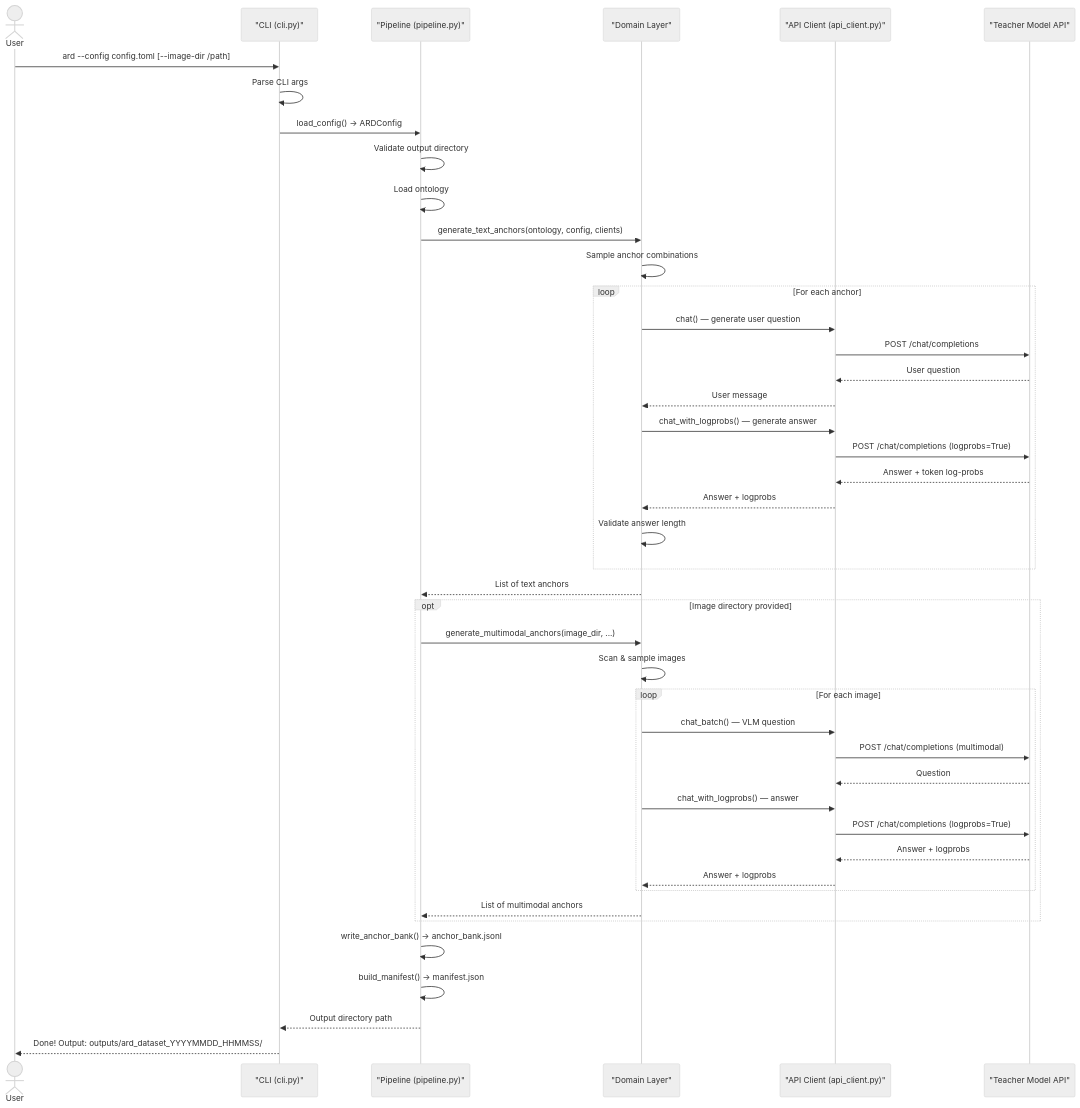
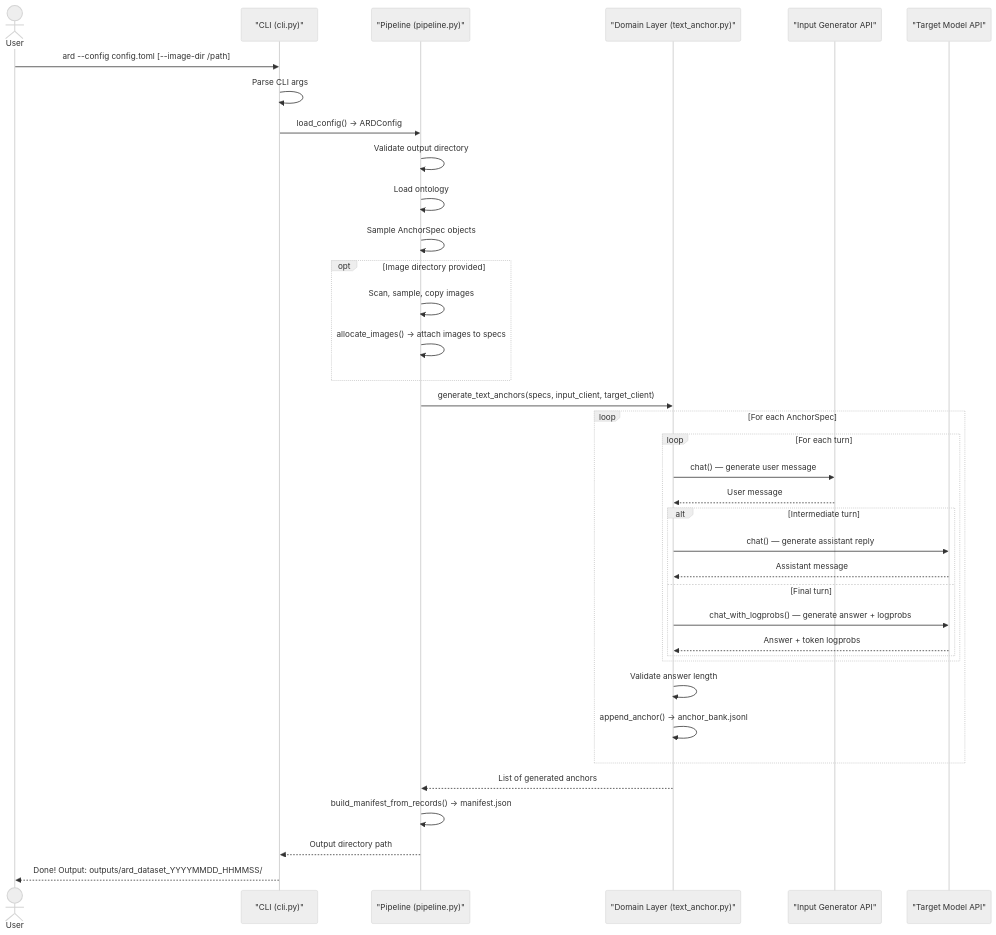
The third of 5 diagrams in docs/architecture.md (godthrone/anchor-replay-distillation), drawn with Mermaid (neutral theme) before and after one commit. The commit also changed other lines of this file and 46 other files, not shown here.

First line of the commit message:
refactor: Phase 1-4 — multi-turn + multimodal unified architecture

````diff
--- a/docs/architecture.md
+++ b/docs/architecture.md
@@ -111,47 +116,40 @@
 ```mermaid
 sequenceDiagram
     actor User
     participant CLI as "CLI (cli.py)"
     participant Pipeline as "Pipeline (pipeline.py)"
-    participant Domain as "Domain Layer"
-    participant Backend as "API Client (api_client.py)"
-    participant Teacher as "Teacher Model API"
+    participant Domain as "Domain Layer (text_anchor.py)"
+    participant InputGen as "Input Generator API"
+    participant Target as "Target Model API"
 
     User->>CLI: ard --config config.toml [--image-dir /path]
     CLI->>CLI: Parse CLI args
     CLI->>Pipeline: load_config() → ARDConfig
     Pipeline->>Pipeline: Validate output directory
     Pipeline->>Pipeline: Load ontology
-    Pipeline->>Domain: generate_text_anchors(ontology, config, clients)
-    Domain->>Domain: Sample anchor combinations
-    loop For each anchor
-        Domain->>Backend: chat() — generate user question
-        Backend->>Teacher: POST /chat/completions
-        Teacher-->>Backend: User question
-        Backend-->>Domain: User message
-        Domain->>Backend: chat_with_logprobs() — generate answer
-        Backend->>Teacher: POST /chat/completions (logprobs=True)
-        Teacher-->>Backend: Answer + token log-probs
-        Backend-->>Domain: Answer + logprobs
+    Pipeline->>Pipeline: Sample AnchorSpec objects
+    opt Image directory provided
+        Pipeline->>Pipeline: Scan, sample, copy images
+        Pipeline->>Pipeline: allocate_images() → attach images to specs
+    end
+    Pipeline->>Domain: generate_text_anchors(specs, input_client, target_client)
+    loop For each AnchorSpec
+        loop For each turn
+            Domain->>InputGen: chat() — generate user message
+            InputGen-->>Domain: User message
+            alt Intermediate turn
+                Domain->>Target: chat() — generate assistant reply
+                Target-->>Domain: Assistant message
+            else Final turn
+                Domain->>Target: chat_with_logprobs() — generate answer + logprobs
+                Target-->>Domain: Answer + token logprobs
+            end
+        end
         Domain->>Domain: Validate answer length
+        Domain->>Domain: append_anchor() → anchor_bank.jsonl
     end
-    Domain-->>Pipeline: List of text anchors
-    opt Image directory provided
-        Pipeline->>Domain: generate_multimodal_anchors(image_dir, ...)
-        Domain->>Domain: Scan & sample images
-        loop For each image
-            Domain->>Backend: chat_batch() — VLM question
-            Backend->>Teacher: POST /chat/completions (multimodal)
-            Teacher-->>Backend: Question
-            Domain->>Backend: chat_with_logprobs() — answer
-            Backend->>Teacher: POST /chat/completions (logprobs=True)
-            Teacher-->>Backend: Answer + logprobs
-            Backend-->>Domain: Answer + logprobs
-        end
-        Domain-->>Pipeline: List of multimodal anchors
-    end
-    Pipeline->>Pipeline: write_anchor_bank() → anchor_bank.jsonl
-    Pipeline->>Pipeline: build_manifest() → manifest.json
+    Domain-->>Pipeline: List of generated anchors
+    Pipeline->>Pipeline: build_manifest_from_records() → manifest.json
     Pipeline-->>CLI: Output directory path
     CLI-->>User: Done! Output: outputs/ard_dataset_YYYYMMDD_HHMMSS/
 ```
````
